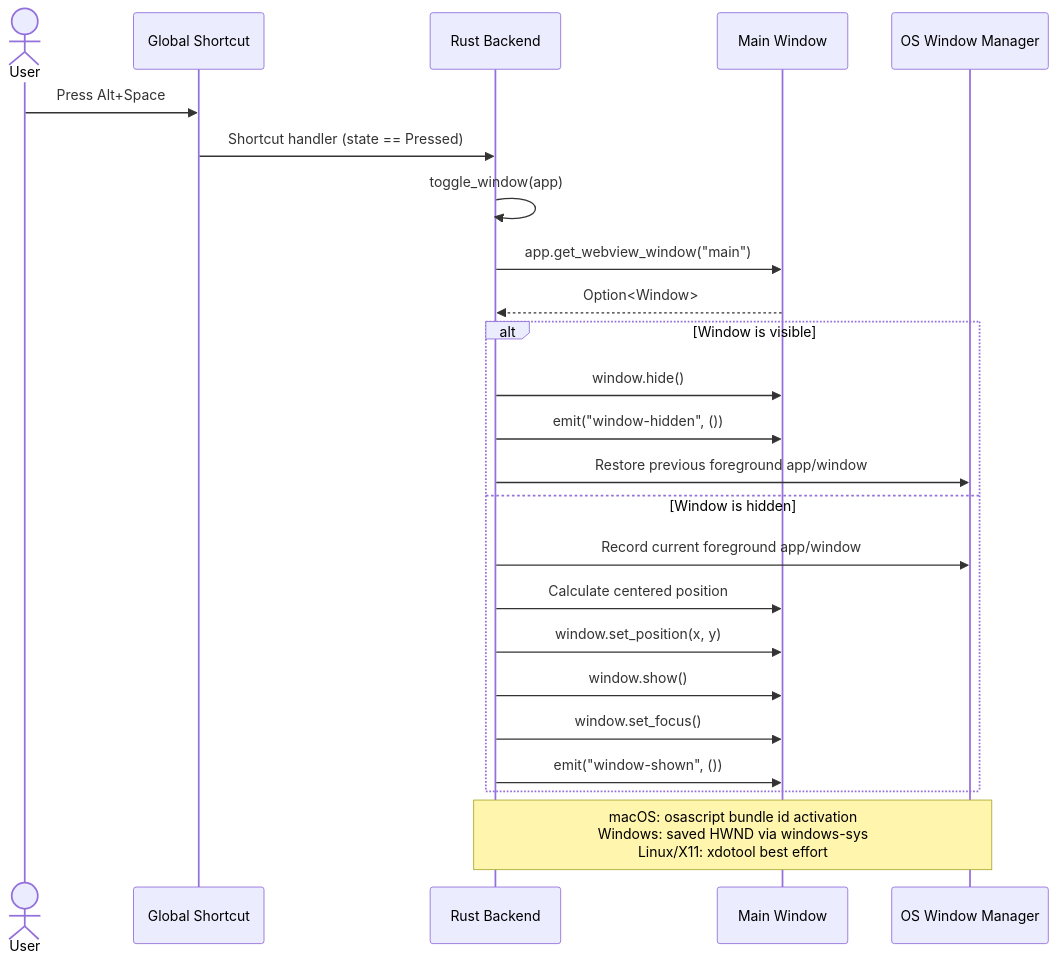
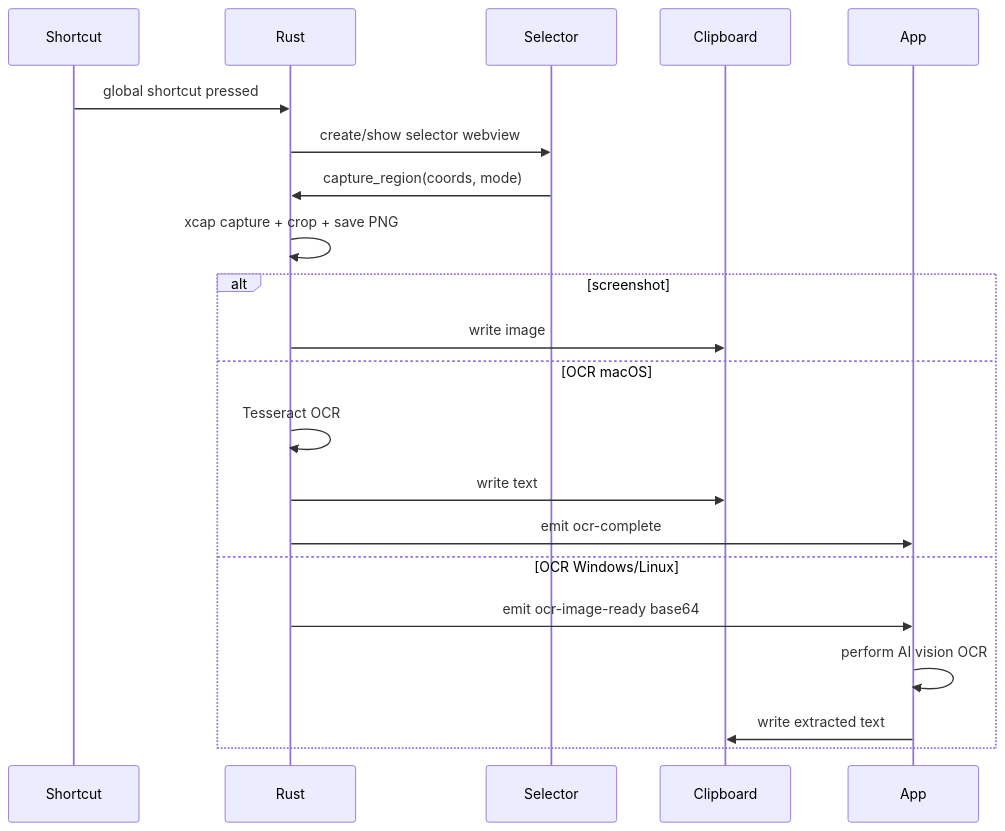
Before and after one commit to RickyDane/gquick: the fifth of 5 diagrams in arch/api/sequences.md, drawn with Mermaid. The commit also changed other lines of this file and 44 other files, not shown here.

````diff
--- a/arch/api/sequences.md
+++ b/arch/api/sequences.md
@@ -333,29 +76,24 @@
 ```mermaid
 sequenceDiagram
-    actor User
-    participant GS as Global Shortcut
-    participant Rust as Rust Backend
-    participant Window as Main Window
-    participant System as OS Window Manager
+  participant Shortcut
+  participant Rust
+  participant Selector
+  participant Clipboard
+  participant App
 
-    User->>GS: Press Alt+Space
-    GS->>Rust: Shortcut handler (state == Pressed)
-    Rust->>Rust: toggle_window(app)
-    Rust->>Window: app.get_webview_window("main")
-    Window-->>Rust: Option<Window>
-
-    alt Window is visible
-        Rust->>Window: window.hide()
-        Rust->>Window: emit("window-hidden", ())
-        Rust->>System: Restore previous foreground app/window
-    else Window is hidden
-        Rust->>System: Record current foreground app/window
-        Rust->>Window: Calculate centered position
-        Rust->>Window: window.set_position(x, y)
-        Rust->>Window: window.show()
-        Rust->>Window: window.set_focus()
-        Rust->>Window: emit("window-shown", ())
-    end
-
-    Note over Rust,System: macOS: osascript bundle id activation<br/>Windows: saved HWND via windows-sys<br/>Linux/X11: xdotool best effort
+  Shortcut->>Rust: global shortcut pressed
+  Rust->>Selector: create/show selector webview
+  Selector->>Rust: capture_region(coords, mode)
+  Rust->>Rust: xcap capture + crop + save PNG
+  alt screenshot
+    Rust->>Clipboard: write image
+  else OCR macOS
+    Rust->>Rust: Tesseract OCR
+    Rust->>Clipboard: write text
+    Rust->>App: emit ocr-complete
+  else OCR Windows/Linux
+    Rust->>App: emit ocr-image-ready base64
+    App->>App: perform AI vision OCR
+    App->>Clipboard: write extracted text
+  end
 ```
````
